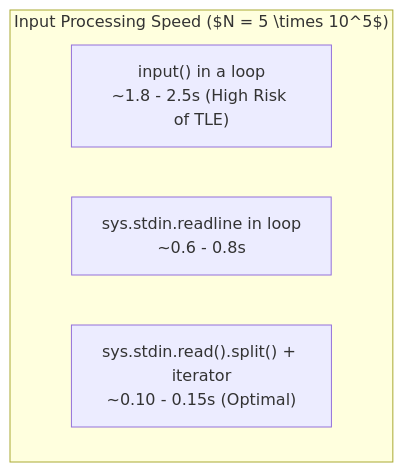
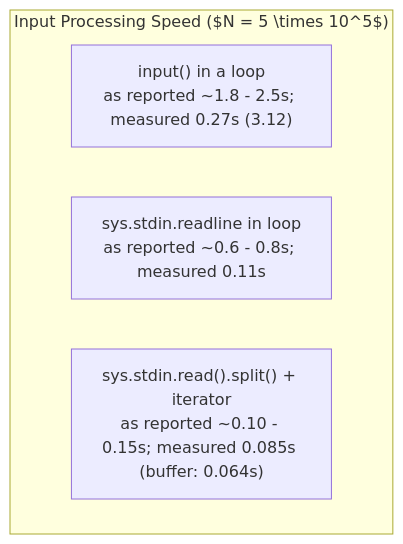
The fifth of 5 diagrams in notes/py-dsa.md (MithunDu404/LRNMetarials), drawn with Mermaid before and after one commit. The commit also changed other lines of this file and 19 other files, not shown here.

````diff
--- a/notes/py-dsa.md
+++ b/notes/py-dsa.md
@@ -972,8 +990,8 @@
 ```mermaid
 graph TD
     subgraph InputComparison ["Input Processing Speed ($N = 5 \times 10^5$)"]
-        A["input() in a loop<br/>~1.8 - 2.5s (High Risk of TLE)"]
-        B["sys.stdin.readline in loop<br/>~0.6 - 0.8s"]
-        C["sys.stdin.read().split() + iterator<br/>~0.10 - 0.15s (Optimal)"]
+        A["input() in a loop<br/>as reported ~1.8 - 2.5s; measured 0.27s (3.12)"]
+        B["sys.stdin.readline in loop<br/>as reported ~0.6 - 0.8s; measured 0.11s"]
+        C["sys.stdin.read().split() + iterator<br/>as reported ~0.10 - 0.15s; measured 0.085s (buffer: 0.064s)"]
     end
 ```
````
